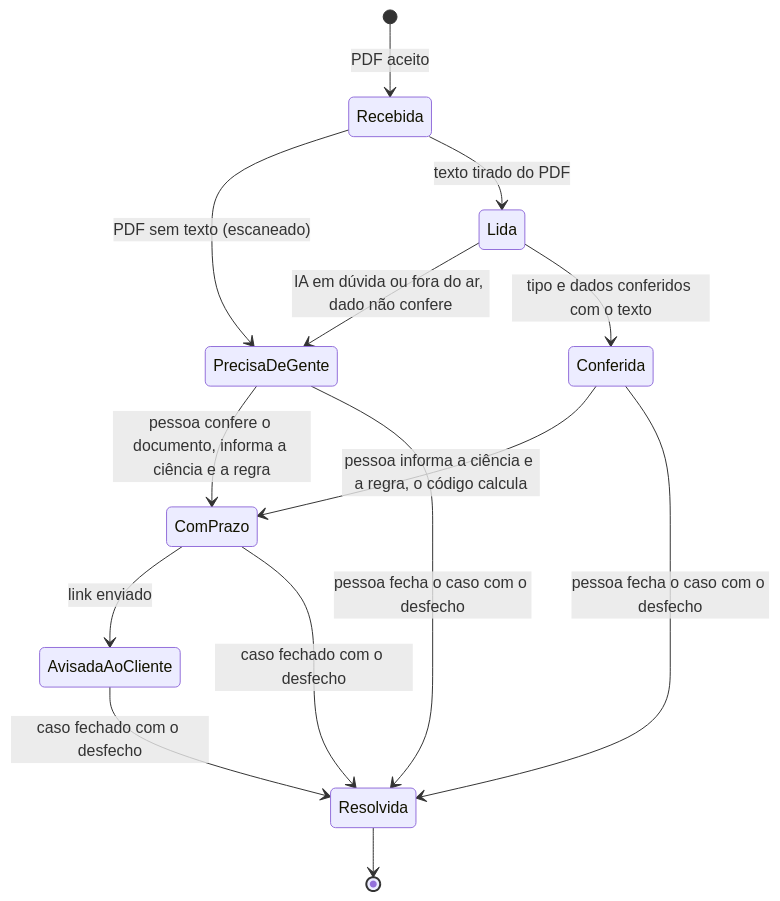
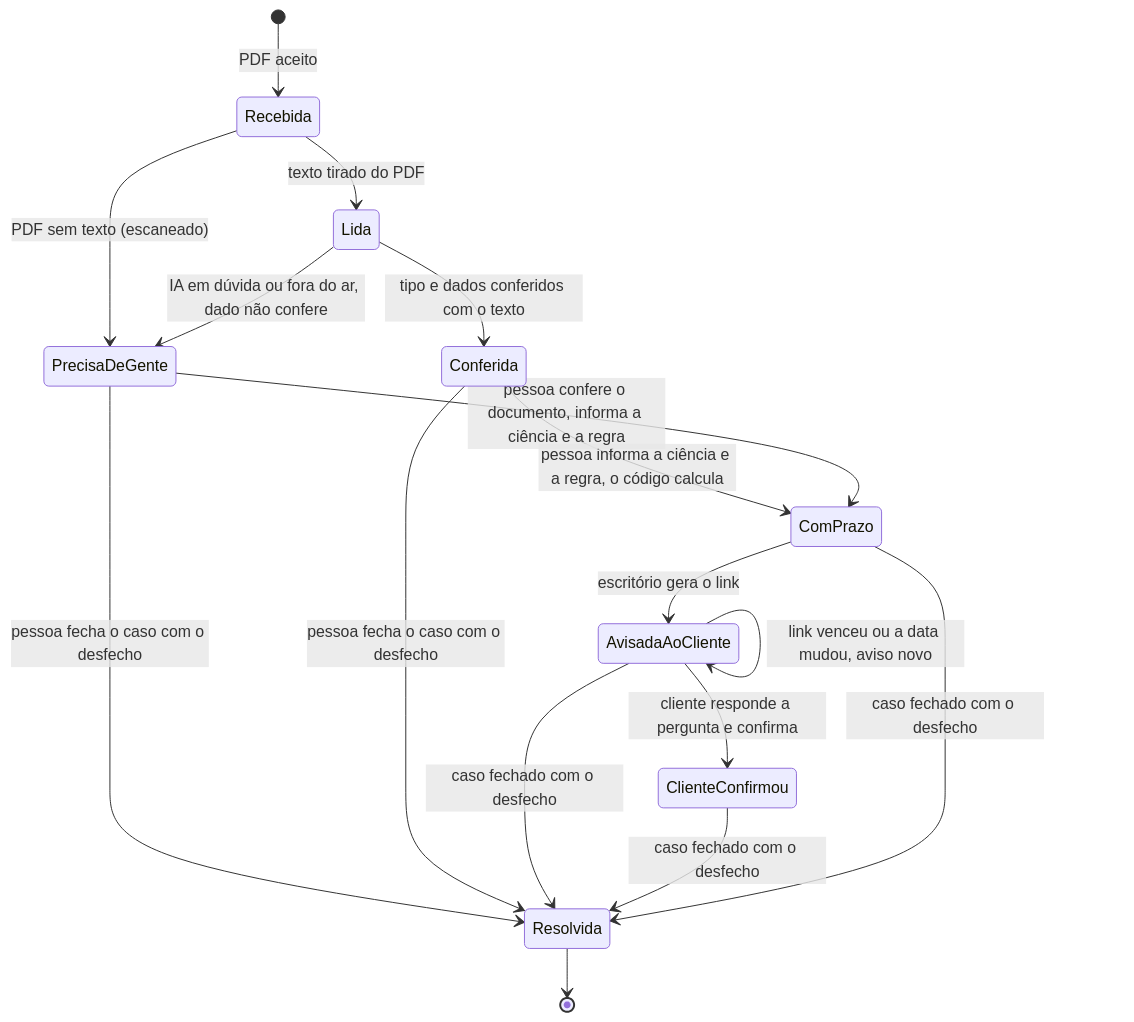
One commit to namtech-agents/atalaia changed the eighth of 9 diagrams in docs/04-arquitetura/arquitetura.md. Above: the diagram before and after it, drawn with Mermaid. The commit also changed other lines of this file and 1 other file, not shown here.

Commit message:
docs: arquitetura e README com o aviso ao cliente, o resumo sugerido e as migrações V9 e V10

````diff
--- a/docs/04-arquitetura/arquitetura.md
+++ b/docs/04-arquitetura/arquitetura.md
@@ -474,16 +542,19 @@
 ```mermaid
 stateDiagram-v2
     [*] --> Recebida: PDF aceito
     Recebida --> PrecisaDeGente: PDF sem texto (escaneado)
     Recebida --> Lida: texto tirado do PDF
     Lida --> PrecisaDeGente: IA em dúvida ou fora do ar, dado não confere
     Lida --> Conferida: tipo e dados conferidos com o texto
     Conferida --> ComPrazo: pessoa informa a ciência e a regra, o código calcula
     PrecisaDeGente --> ComPrazo: pessoa confere o documento, informa a ciência e a regra
     PrecisaDeGente --> Resolvida: pessoa fecha o caso com o desfecho
     Conferida --> Resolvida: pessoa fecha o caso com o desfecho
-    ComPrazo --> AvisadaAoCliente: link enviado
+    ComPrazo --> AvisadaAoCliente: escritório gera o link
+    AvisadaAoCliente --> ClienteConfirmou: cliente responde a pergunta e confirma
+    AvisadaAoCliente --> AvisadaAoCliente: link venceu ou a data mudou, aviso novo
     AvisadaAoCliente --> Resolvida: caso fechado com o desfecho
+    ClienteConfirmou --> Resolvida: caso fechado com o desfecho
     ComPrazo --> Resolvida: caso fechado com o desfecho
     Resolvida --> [*]
 ```
````
